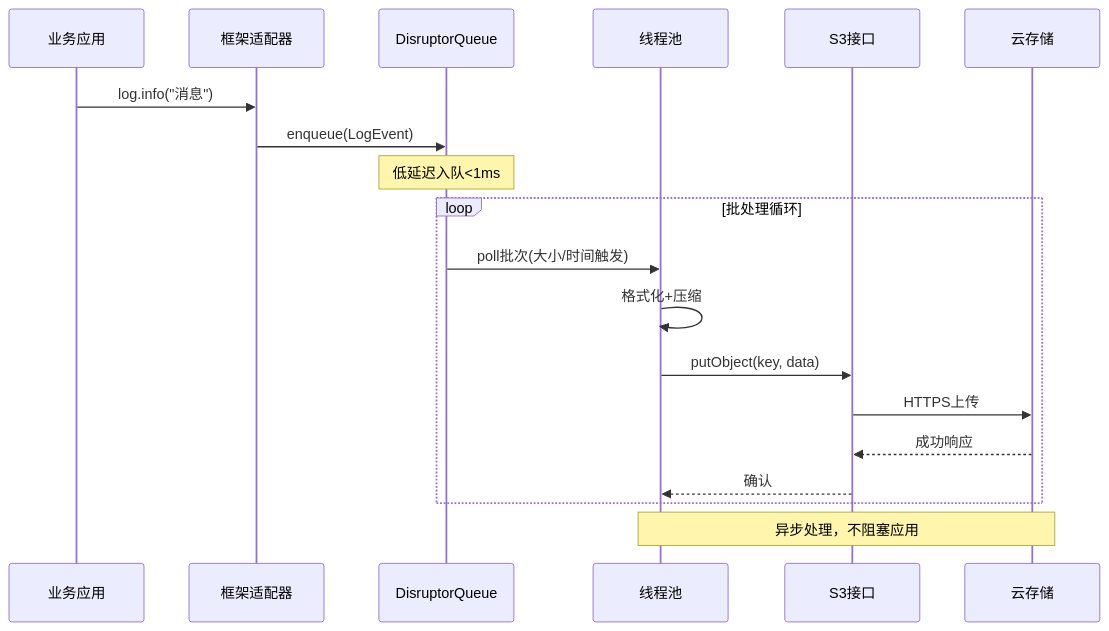
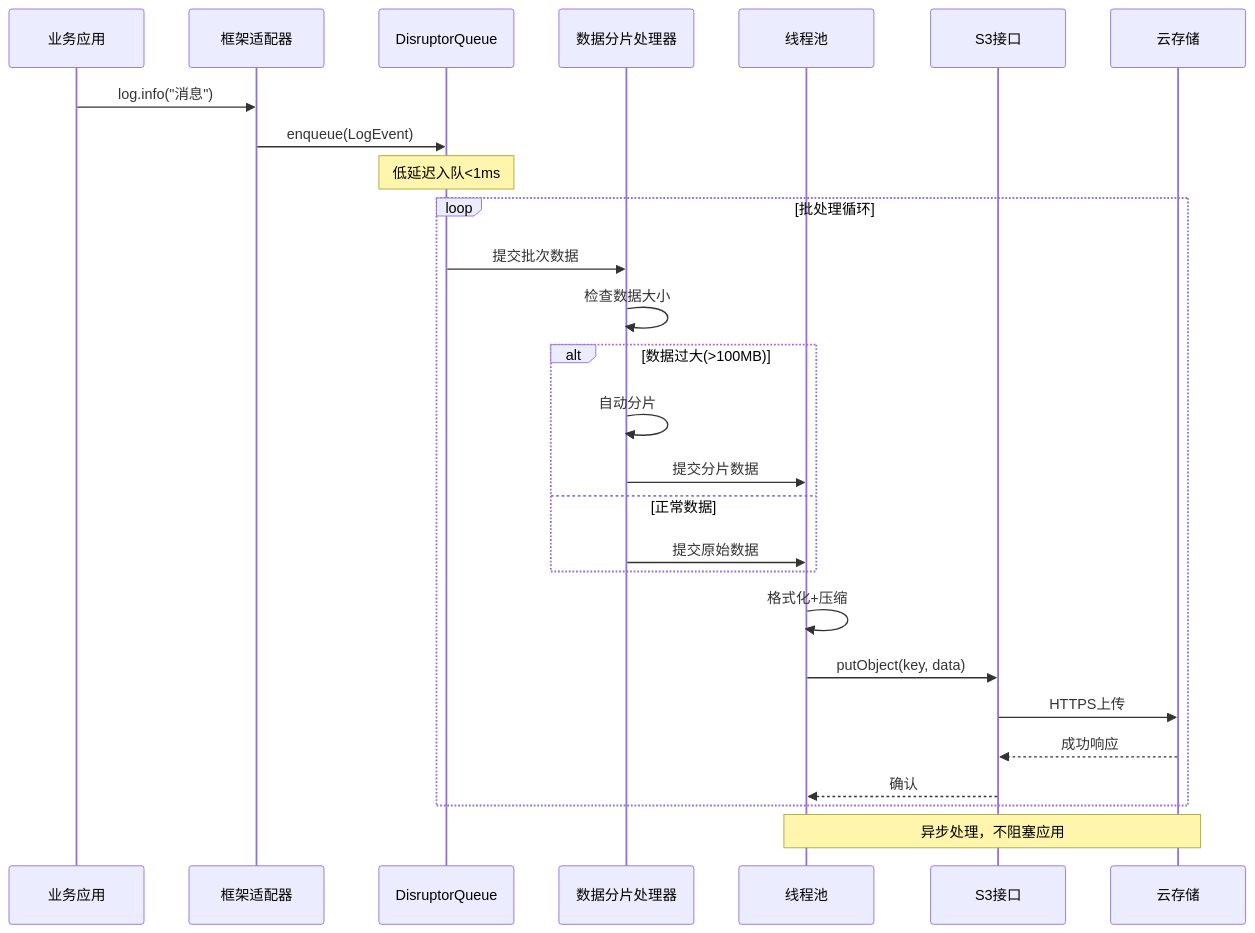
Before and after one commit to kzy77/logx-oss-appender: the second of 3 diagrams in docs/architecture.md, drawn with Mermaid. The commit also changed other lines of this file and 22 other files, not shown here.

````diff
--- a/docs/architecture.md
+++ b/docs/architecture.md
@@ -293,25 +232,33 @@
 ```mermaid
 sequenceDiagram
     participant App as 业务应用
     participant Adapter as 框架适配器
     participant Queue as DisruptorQueue
+    participant Sharding as 数据分片处理器
     participant Pool as 线程池
     participant Storage as S3接口
     participant Cloud as 云存储
 
     App->>Adapter: log.info("消息")
     Adapter->>Queue: enqueue(LogEvent)
 
     Note over Queue: 低延迟入队<1ms
 
     loop 批处理循环
-        Queue->>Pool: poll批次(大小/时间触发)
+        Queue->>Sharding: 提交批次数据
+        Sharding->>Sharding: 检查数据大小
+        alt 数据过大(>100MB)
+            Sharding->>Sharding: 自动分片
+            Sharding->>Pool: 提交分片数据
+        else 正常数据
+            Sharding->>Pool: 提交原始数据
+        end
         Pool->>Pool: 格式化+压缩
         Pool->>Storage: putObject(key, data)
         Storage->>Cloud: HTTPS上传
         Cloud-->>Storage: 成功响应
         Storage-->>Pool: 确认
     end
 
     Note over Pool,Cloud: 异步处理，不阻塞应用
 ```
````
